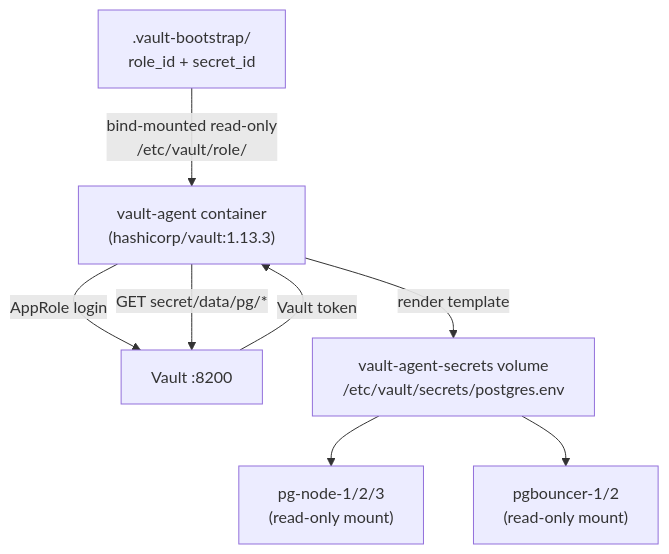
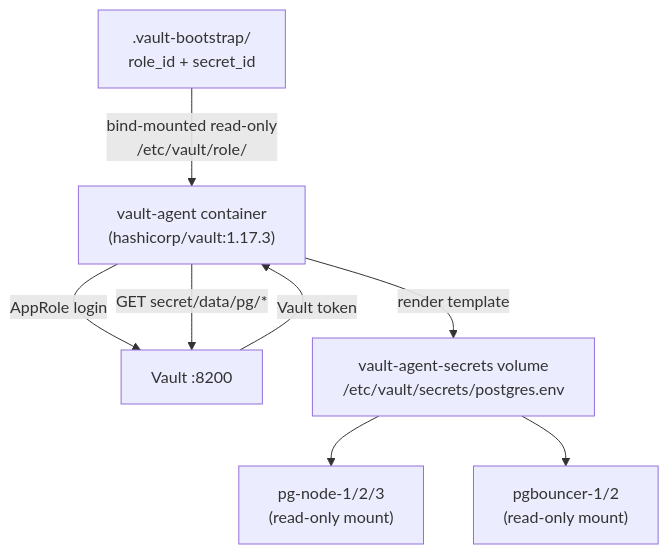
Before and after one commit to venkatajangala/terraform-docker-container-postgres: the diagram in docs/VAULT-AGENT-SIDECAR.md, drawn with Mermaid. The commit also changed other lines of this file and 13 other files, not shown here.

````diff
--- a/docs/VAULT-AGENT-SIDECAR.md
+++ b/docs/VAULT-AGENT-SIDECAR.md
@@ -13,17 +13,17 @@
 ```mermaid
 graph TD
     BS[".vault-bootstrap/<br/>role_id + secret_id"]
-    VA["vault-agent container<br/>(hashicorp/vault:1.13.3)"]
+    VA["vault-agent container<br/>(hashicorp/vault:1.17.3)"]
     V["Vault :8200"]
     VOL["vault-agent-secrets volume<br/>/etc/vault/secrets/postgres.env"]
     PG["pg-node-1/2/3<br/>(read-only mount)"]
     PGB["pgbouncer-1/2<br/>(read-only mount)"]
 
     BS -->|"bind-mounted read-only<br/>/etc/vault/role/"| VA
     VA -->|"AppRole login"| V
     V -->|"Vault token"| VA
     VA -->|"GET secret/data/pg/*"| V
     VA -->|"render template"| VOL
     VOL --> PG
     VOL --> PGB
 ```
````
